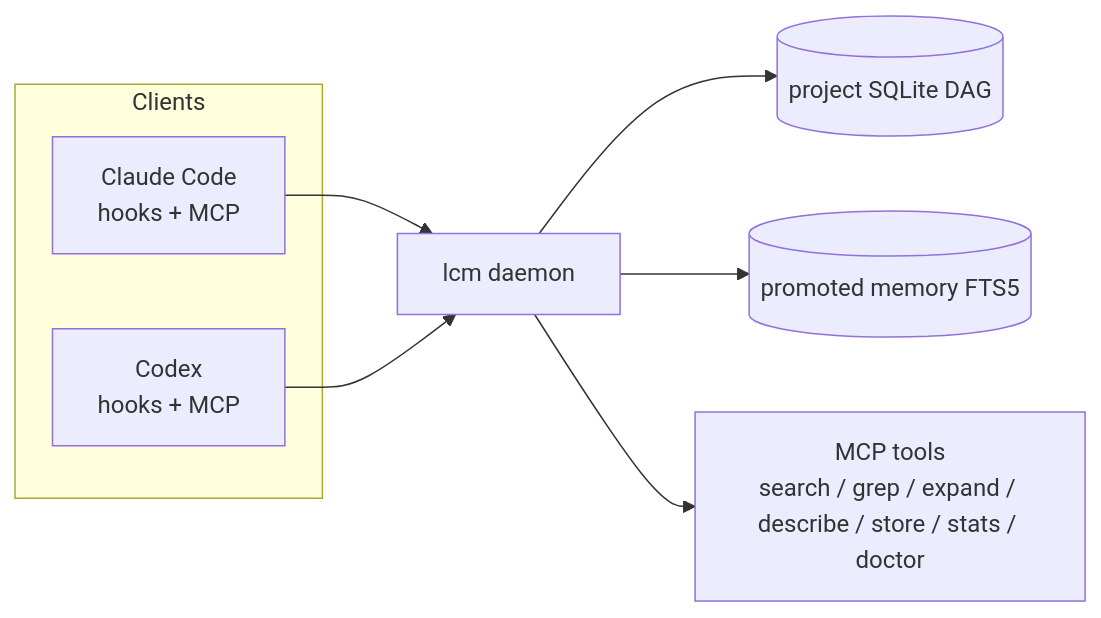
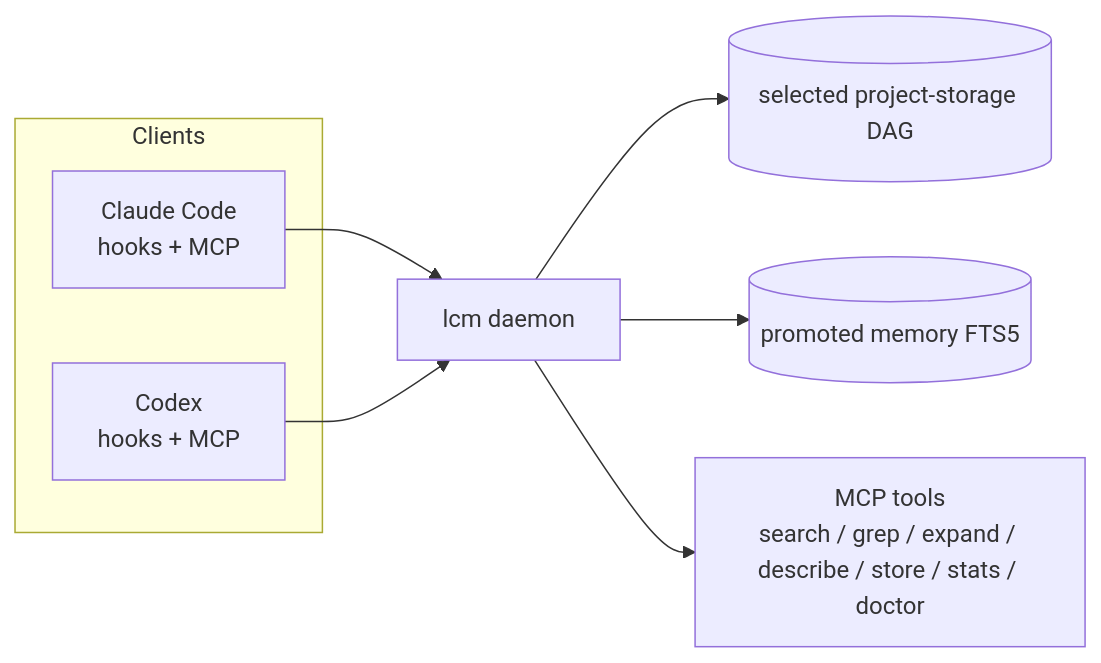
One commit to donadiosolutions/lcm changed the first of 3 diagrams in README.md. Above: the diagram before and after it, drawn with Mermaid. The commit also changed other lines of this file and 8 other files, not shown here.

````diff
--- a/README.md
+++ b/README.md
@@ -44,14 +45,14 @@
 ```mermaid
 flowchart LR
   subgraph Clients["Clients"]
     CC["Claude Code<br/>hooks + MCP"]
     CX["Codex<br/>hooks + MCP"]
   end
 
   CC --> D["lcm daemon"]
   CX --> D
 
-  D --> DB[("project SQLite DAG")]
+  D --> DB[("selected project-storage DAG")]
   D --> PM[("promoted memory FTS5")]
   D --> TOOLS["MCP tools<br/>search / grep / expand / describe / store / stats / doctor"]
 ```
````
